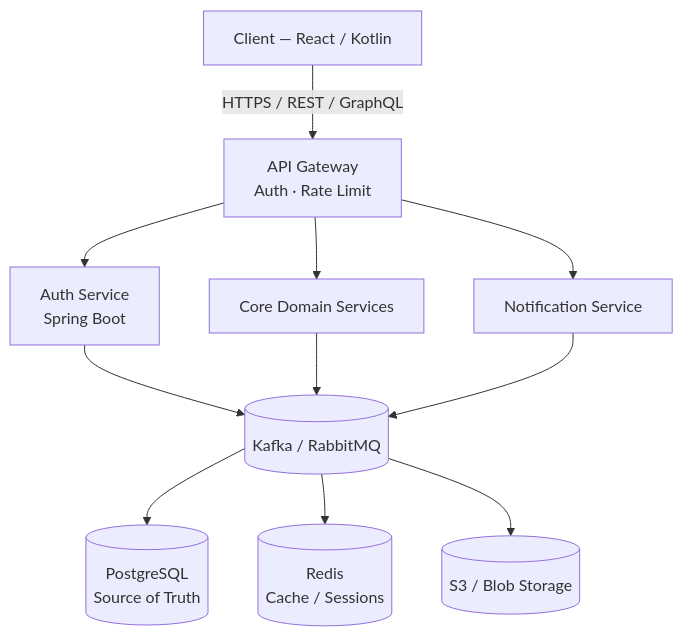
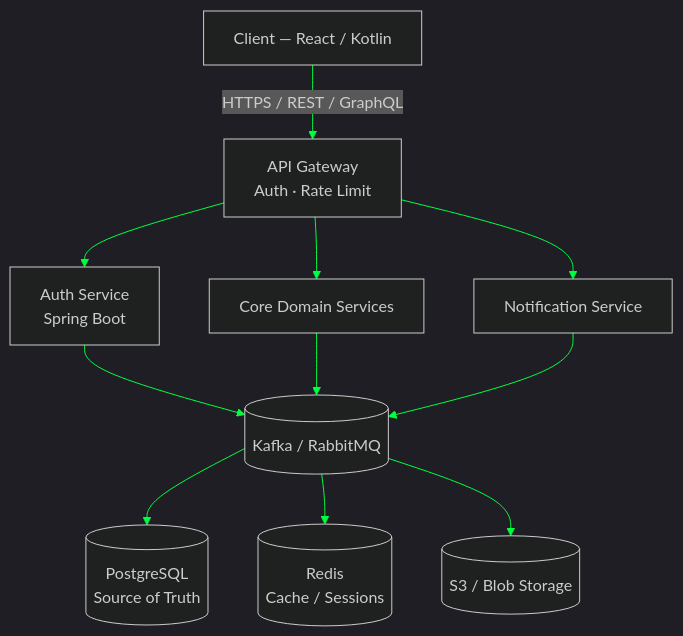
Before and after one commit to amanDeep080/amanDeep080: the diagram in README.md, drawn with Mermaid. The commit also changed other lines of this file, not shown here.

````diff
--- a/README.md
+++ b/README.md
@@ -177,13 +198,14 @@
 ```mermaid
+%%{init: {'theme':'dark', 'themeVariables': {'primaryColor':'#000000','primaryTextColor':'#00FF41','primaryBorderColor':'#00FF41','lineColor':'#00FF41','secondaryColor':'#0D1117','tertiaryColor':'#000000'}}}%%
 flowchart TB
     A[Client — React / Kotlin] -->|HTTPS / REST / GraphQL| B[API Gateway<br/>Auth · Rate Limit]
     B --> C[Auth Service<br/>Spring Boot]
     B --> D[Core Domain Services]
     B --> E[Notification Service]
     C --> F[(Kafka / RabbitMQ)]
     D --> F
     E --> F
     F --> G[(PostgreSQL<br/>Source of Truth)]
     F --> H[(Redis<br/>Cache / Sessions)]
     F --> I[(S3 / Blob Storage)]
 ```
````
